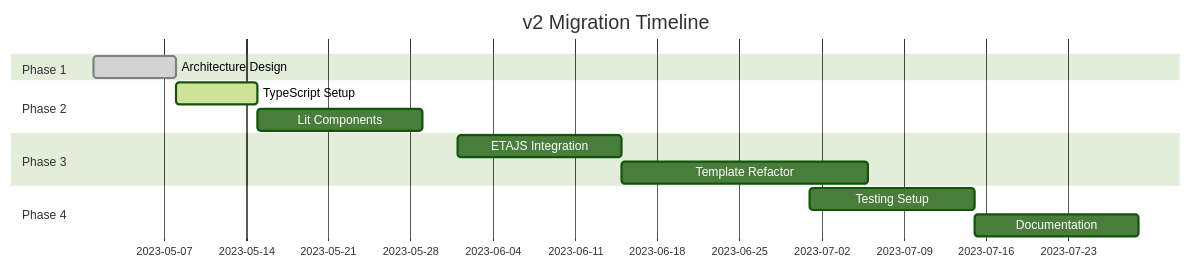
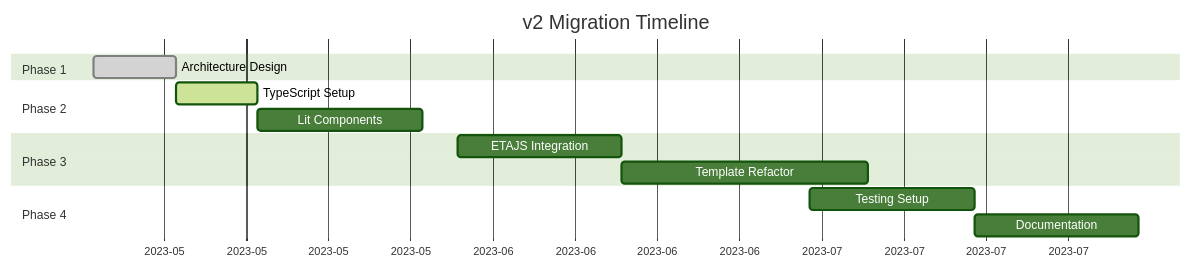
Before and after one commit to daredoes/linked-lovelace-ui: diagram 17 of 22 in docs_site/api-evolution.md, drawn with Mermaid (forest theme). The commit also changed other lines of this file and 1 other file, not shown here.

First line of the commit message:
Fix all Mermaid diagram syntax errors for v11.12.3 compatibility

````diff
--- a/docs_site/api-evolution.md
+++ b/docs_site/api-evolution.md
@@ -430,19 +421,20 @@
 ```mermaid
 gantt
     title v2 Migration Timeline
     dateFormat  YYYY-MM-DD
+    axisFormat  %Y-%m
     section Phase 1
     Architecture Design          :done, des1, 2023-05-01, 7d
     
     section Phase 2
     TypeScript Setup            :active, des2, 2023-05-08, 7d
     Lit Components              :2023-05-15, 14d
     
     section Phase 3
     ETAJS Integration           :2023-06-01, 14d
     Template Refactor           :2023-06-15, 21d
     
     section Phase 4
     Testing Setup               :2023-07-01, 14d
     Documentation               :2023-07-15, 14d
 ```
````
